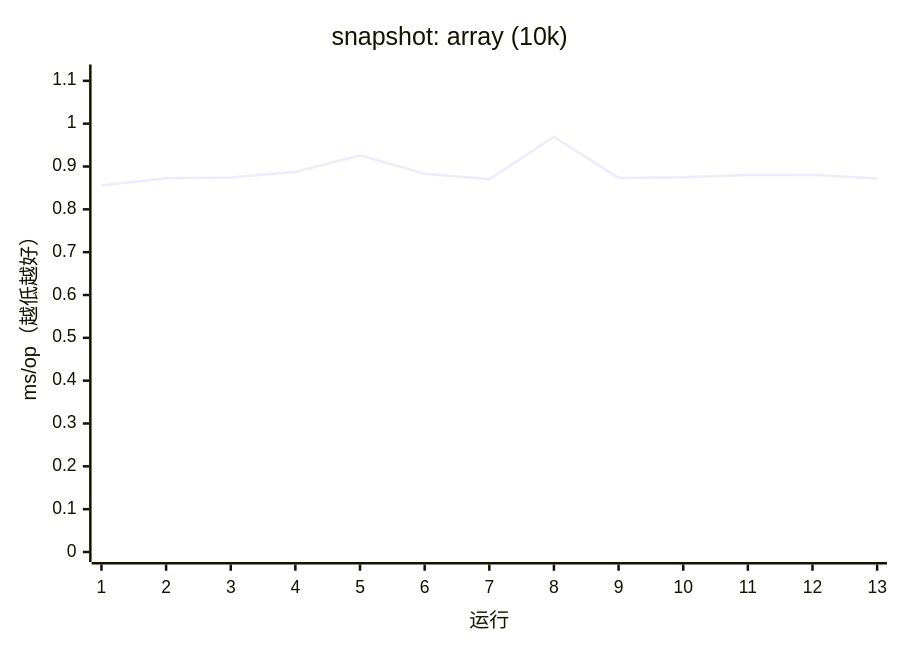
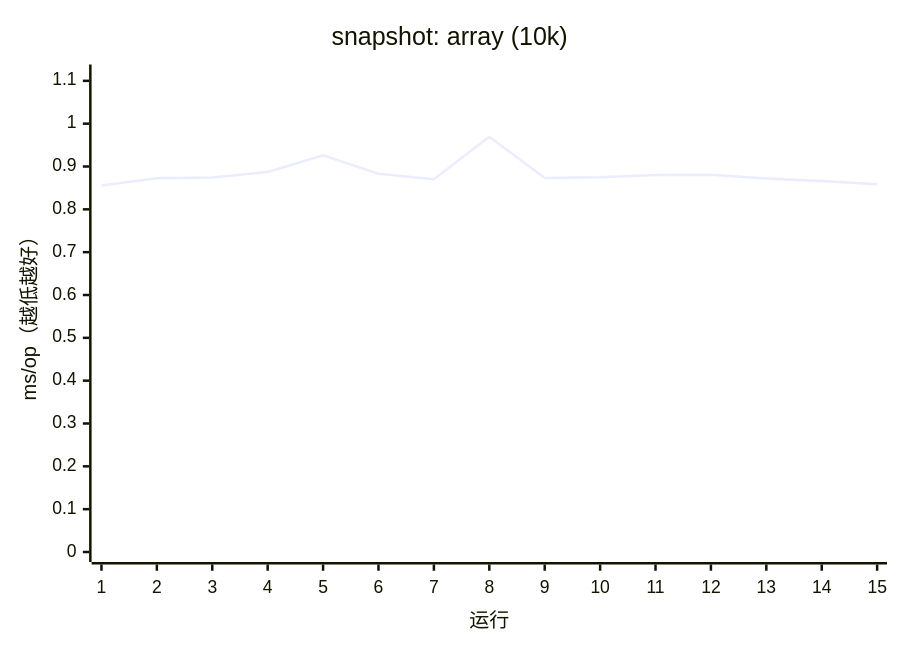
Before and after one commit to AIluffy/io: diagram 16 of 17 in apps/docs/src/content/docs/guides/benchmark.mdx, drawn with Mermaid. The commit also changed other lines of this file and 7 other files, not shown here.

````diff
--- a/apps/docs/src/content/docs/guides/benchmark.mdx
+++ b/apps/docs/src/content/docs/guides/benchmark.mdx
@@ -387,7 +403,7 @@
 ```mermaid
 xychart-beta
   title "snapshot: array (10k)"
-  x-axis "运行" [1, 2, 3, 4, 5, 6, 7, 8, 9, 10, 11, 12, 13]
+  x-axis "运行" [1, 2, 3, 4, 5, 6, 7, 8, 9, 10, 11, 12, 13, 14, 15]
   y-axis "ms/op（越低越好）" 0 --> 1.1148
-  line [0.8558, 0.8727, 0.8746, 0.8872, 0.9264, 0.8833, 0.8703, 0.9694, 0.8734, 0.8747, 0.8803, 0.8805, 0.8721]
+  line [0.8558, 0.8727, 0.8746, 0.8872, 0.9264, 0.8833, 0.8703, 0.9694, 0.8734, 0.8747, 0.8803, 0.8805, 0.8721, 0.8662, 0.8586]
 ```
````
